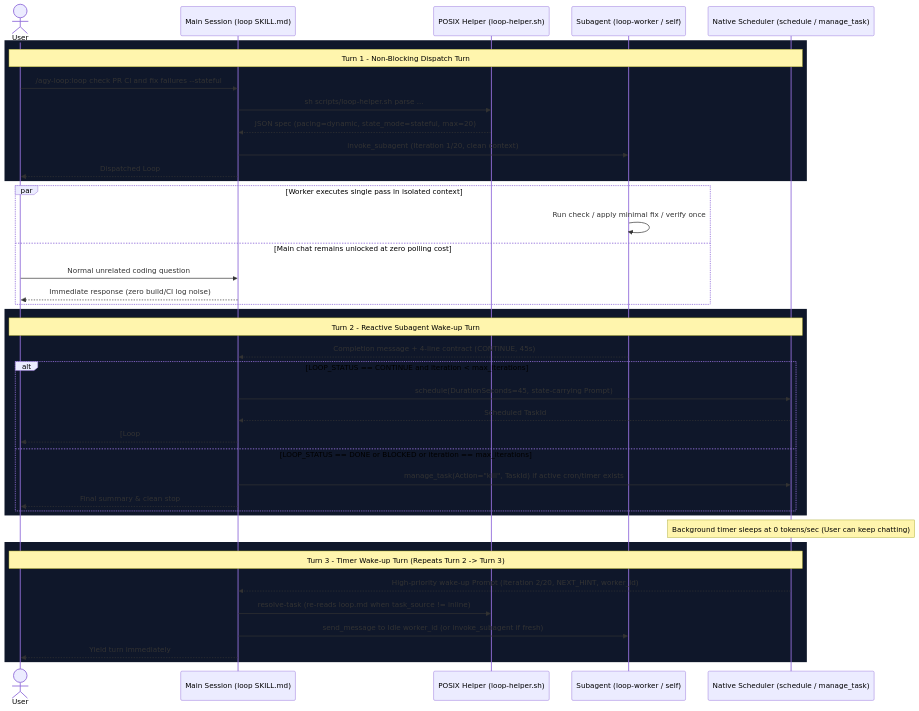
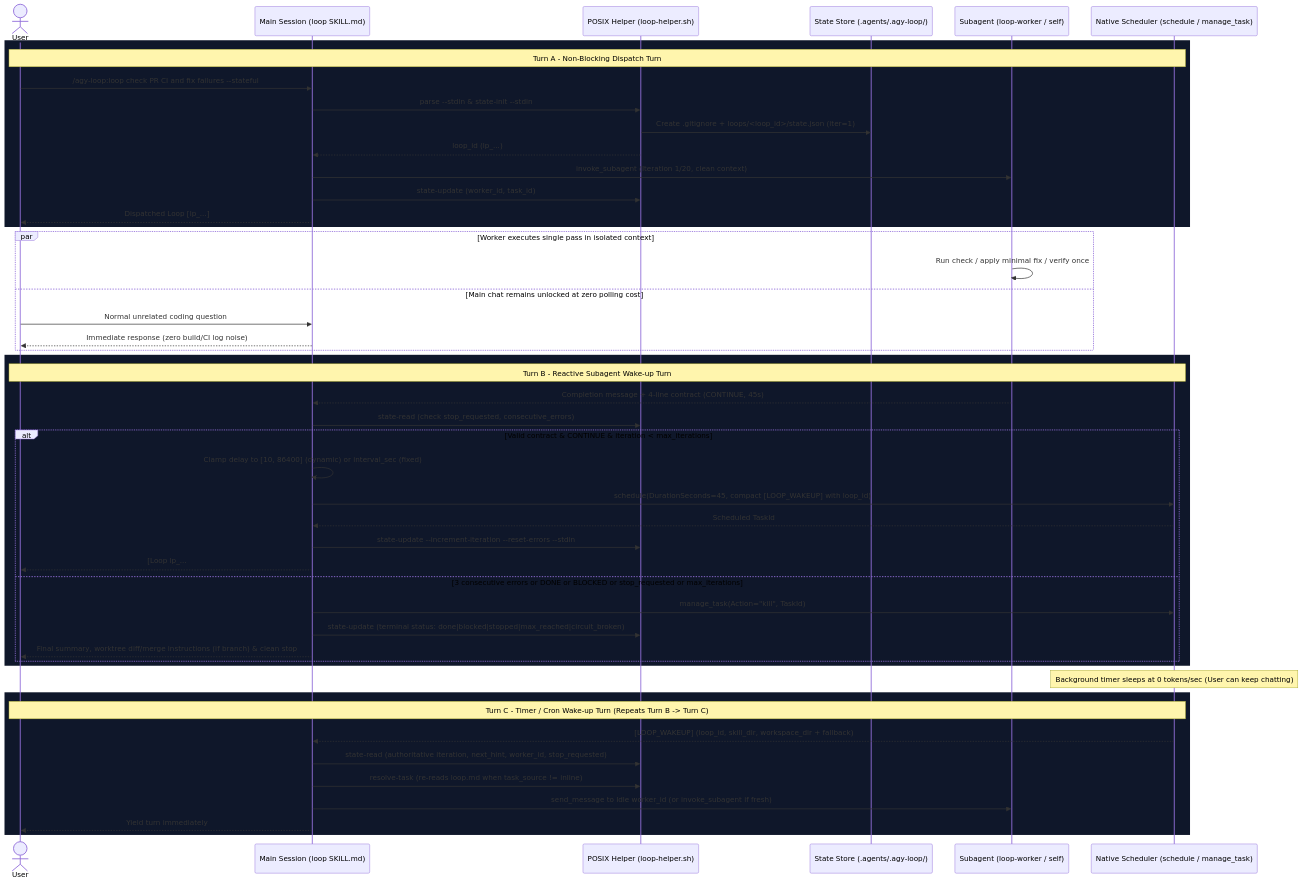
Before and after one commit to maxlee/agy-loop: the first of 2 diagrams in ARCHITECTURE.md, drawn with Mermaid. The commit also changed other lines of this file and 13 other files, not shown here.

````diff
--- a/ARCHITECTURE.md
+++ b/ARCHITECTURE.md
@@ -57,47 +59,55 @@
 ```mermaid
 sequenceDiagram
   actor User
   participant Main as Main Session (loop SKILL.md)
   participant Helper as POSIX Helper (loop-helper.sh)
+  participant State as State Store (.agents/.agy-loop/)
   participant Worker as Subagent (loop-worker / self)
   participant Sched as Native Scheduler (schedule / manage_task)
 
   rect rgb(15, 23, 42)
-  Note over User,Sched: Turn 1 - Non-Blocking Dispatch Turn
+  Note over User,Sched: Turn A - Non-Blocking Dispatch Turn
   User->>Main: /agy-loop:loop check PR CI and fix failures --stateful
-  Main->>Helper: sh scripts/loop-helper.sh parse ...
-  Helper-->>Main: JSON spec (pacing=dynamic, state_mode=stateful, max=20)
+  Main->>Helper: parse --stdin & state-init --stdin
+  Helper->>State: Create .gitignore + loops/<loop_id>/state.json (iter=1)
+  Helper-->>Main: loop_id (lp_...)
   Main->>Worker: invoke_subagent (Iteration 1/20, clean context)
-  Main-->>User: Dispatched Loop #1/20 - Yield turn immediately
+  Main->>Helper: state-update (worker_id, task_id)
+  Main-->>User: Dispatched Loop [lp_...] #1/20 - Yield turn immediately
   end
 
   par Worker executes single pass in isolated context
     Worker->>Worker: Run check / apply minimal fix / verify once
   and Main chat remains unlocked at zero polling cost
     User->>Main: Normal unrelated coding question
     Main-->>User: Immediate response (zero build/CI log noise)
   end
 
   rect rgb(15, 23, 42)
-  Note over User,Sched: Turn 2 - Reactive Subagent Wake-up Turn
+  Note over User,Sched: Turn B - Reactive Subagent Wake-up Turn
   Worker-->>Main: Completion message + 4-line contract (CONTINUE, 45s)
-  alt LOOP_STATUS == CONTINUE and iteration < max_iterations
-    Main->>Sched: schedule(DurationSeconds=45, state-carrying Prompt)
+  Main->>Helper: state-read (check stop_requested, consecutive_errors)
+  alt Valid contract & CONTINUE & iteration < max_iterations
+    Main->>Main: Clamp delay to [10, 86400] (dynamic) or interval_sec (fixed)
+    Main->>Sched: schedule(DurationSeconds=45, compact [LOOP_WAKEUP] with loop_id)
     Sched-->>Main: Scheduled TaskId
-    Main-->>User: [Loop #1/20] SUMMARY | Next wake-up in 45s - Yield turn
-  else LOOP_STATUS == DONE or BLOCKED or iteration == max_iterations
-    Main->>Sched: manage_task(Action="kill", TaskId) if active cron/timer exists
-    Main-->>User: Final summary & clean stop
+    Main->>Helper: state-update --increment-iteration --reset-errors --stdin
+    Main-->>User: [Loop lp_... #1/20] SUMMARY | Next wake-up in 45s - Yield turn
+  else 3 consecutive errors or DONE or BLOCKED or stop_requested or max_iterations
+    Main->>Sched: manage_task(Action="kill", TaskId)
+    Main->>Helper: state-update (terminal status: done|blocked|stopped|max_reached|circuit_broken)
+    Main-->>User: Final summary, worktree diff/merge instructions (if branch) & clean stop
   end
   end
 
   Note over Sched: Background timer sleeps at 0 tokens/sec (User can keep chatting)
 
   rect rgb(15, 23, 42)
-  Note over User,Sched: Turn 3 - Timer Wake-up Turn (Repeats Turn 2 -> Turn 3)
-  Sched-->>Main: High-priority wake-up Prompt (Iteration 2/20, NEXT_HINT, worker_id)
+  Note over User,Sched: Turn C - Timer / Cron Wake-up Turn (Repeats Turn B -> Turn C)
+  Sched-->>Main: [LOOP_WAKEUP] (loop_id, skill_dir, workspace_dir + fallback)
+  Main->>Helper: state-read (authoritative iteration, next_hint, worker_id, stop_requested)
   Main->>Helper: resolve-task (re-reads loop.md when task_source != inline)
   Main->>Worker: send_message to Idle worker_id (or invoke_subagent if fresh)
   Main-->>User: Yield turn immediately
   end
 ```
````
